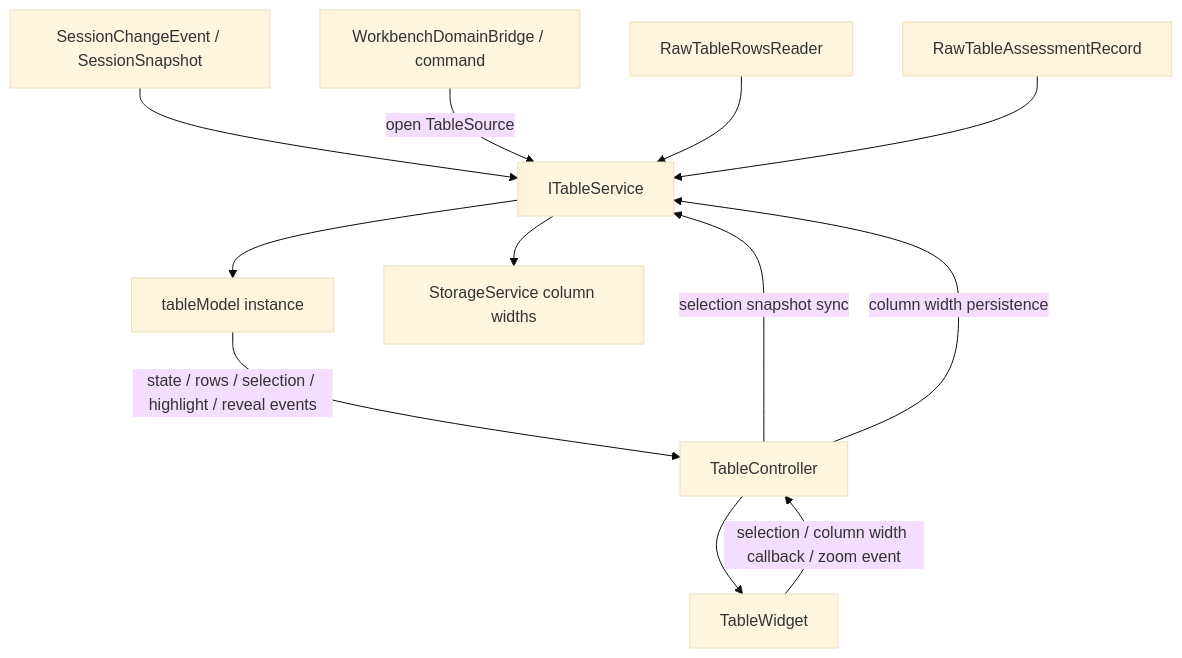
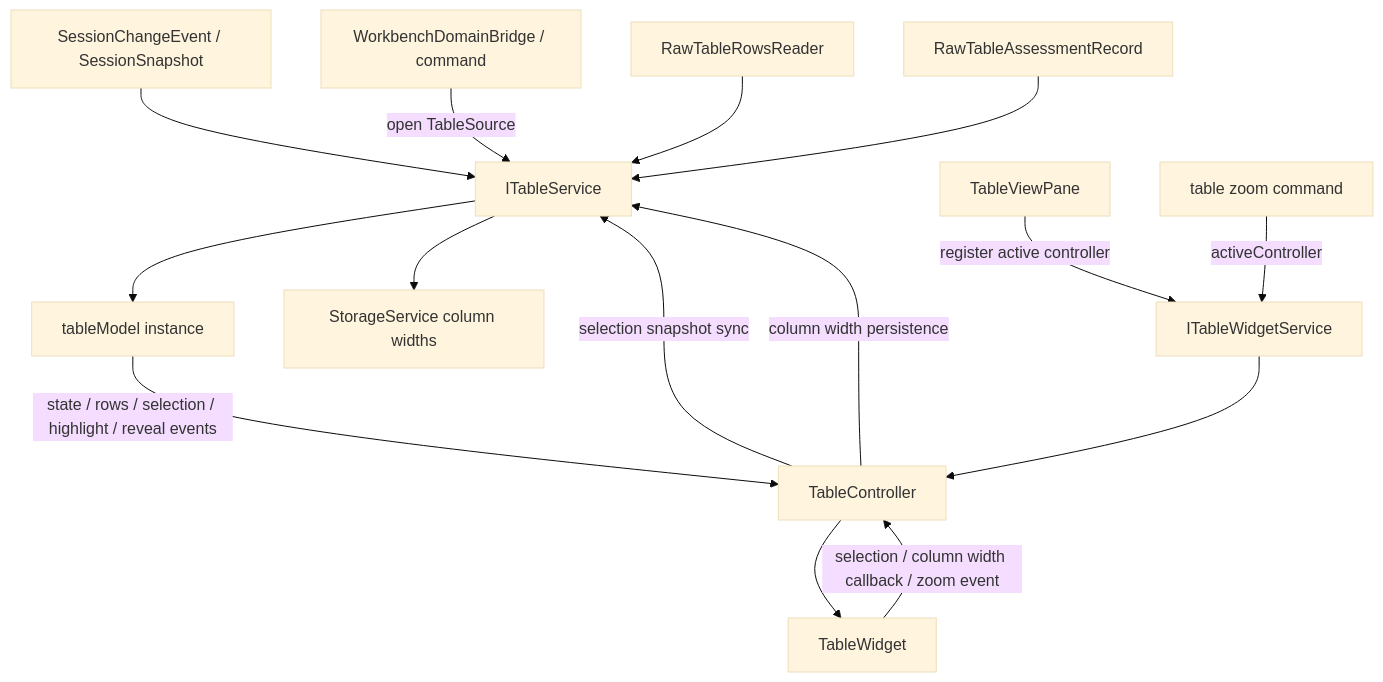
Before and after one commit to chogng/conductor: the diagram in .github/instructions/table.instructions.md, drawn with Mermaid (base theme). The commit also changed other lines of this file and 1 other file, not shown here.

Commit message:
docs: update table ownership instructions

````diff
--- a/.github/instructions/table.instructions.md
+++ b/.github/instructions/table.instructions.md
@@ -61,14 +62,17 @@
 ```mermaid
 flowchart TD
     Session[SessionChangeEvent / SessionSnapshot] --> TableService[ITableService]
     Bridge[WorkbenchDomainBridge / command] -->|open TableSource| TableService
     Rows[RawTableRowsReader] --> TableService
     Assessment[RawTableAssessmentRecord] --> TableService
     TableService --> TableModel[tableModel instance]
     TableModel -->|state / rows / selection / highlight / reveal events| TableController[TableController]
     TableController --> TableWidget[TableWidget]
     TableWidget -->|selection / column width callback / zoom event| TableController
+    TableViewPane[TableViewPane] -->|register active controller| TableWidgetService[ITableWidgetService]
+    TableCommand[table zoom command] -->|activeController| TableWidgetService
+    TableWidgetService --> TableController
     TableController -->|selection snapshot sync| TableService
     TableController -->|column width persistence| TableService
     TableService --> Storage[StorageService column widths]
 ```
````
